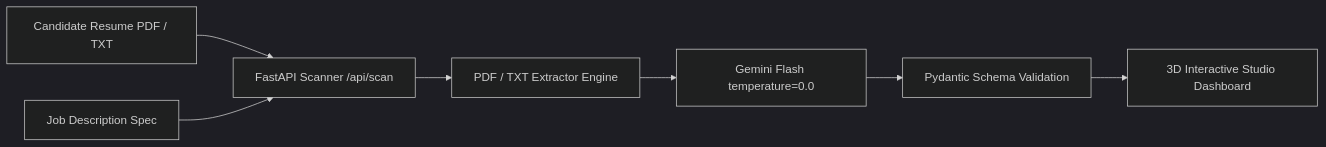
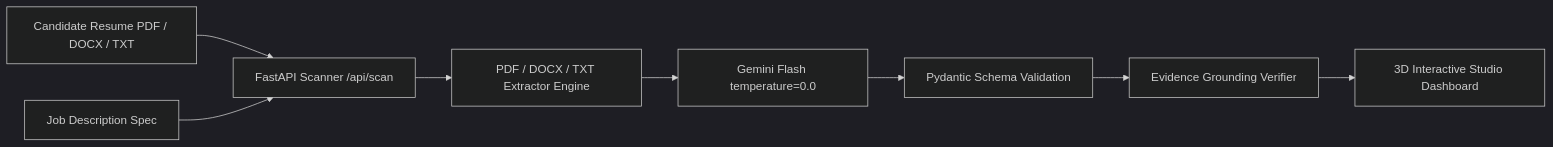
The diagram in README.md (majidali1256/ai-resume-screener), drawn with Mermaid (dark theme) before and after one commit. The commit also changed other lines of this file, not shown here.

````diff
--- a/README.md
+++ b/README.md
@@ -33,9 +66,10 @@
 ```mermaid
 graph LR
-    A[Candidate Resume PDF / TXT] --> C[FastAPI Scanner /api/scan]
+    A[Candidate Resume PDF / DOCX / TXT] --> C[FastAPI Scanner /api/scan]
     B[Job Description Spec] --> C
-    C --> D[PDF / TXT Extractor Engine]
+    C --> D[PDF / DOCX / TXT Extractor Engine]
     D --> E[Gemini Flash temperature=0.0]
     E --> F[Pydantic Schema Validation]
-    F --> G[3D Interactive Studio Dashboard]
+    F --> G[Evidence Grounding Verifier]
+    G --> H[3D Interactive Studio Dashboard]
 ```
````
